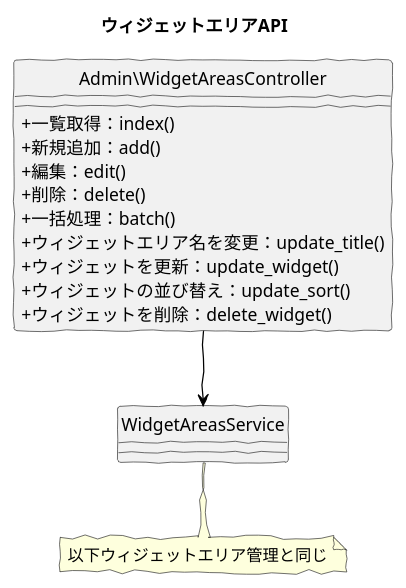
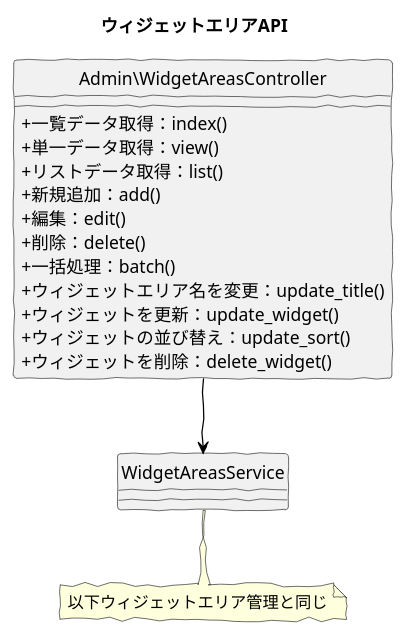
One commit to baserproject/baserproject.github.io changed the diagram in src/puml/5/ucmitz/svg/class/bc-widget-area/api_widget_areas.puml. Above: the diagram before and after it, drawn with PlantUML. The commit also changed 1 other file, not shown here.

```diff
--- a/src/puml/5/ucmitz/svg/class/bc-widget-area/api_widget_areas.puml
+++ b/src/puml/5/ucmitz/svg/class/bc-widget-area/api_widget_areas.puml
@@ -1,29 +1,31 @@
 @startuml
 skinparam handwritten true
 skinparam backgroundColor white
 hide circle
 skinparam classAttributeIconSize 0
 
 title ウィジェットエリアAPI
 
 class Admin\WidgetAreasController {
-  + 一覧取得：index()
+  + 一覧データ取得：index()
+  + 単一データ取得：view()
+  + リストデータ取得：list()
   + 新規追加：add()
   + 編集：edit()
   + 削除：delete()
 	+ 一括処理：batch()
 	+ ウィジェットエリア名を変更：update_title()
 	+ ウィジェットを更新：update_widget()
 	+ ウィジェットの並び替え：update_sort()
 	+ ウィジェットを削除：delete_widget()
 }
 
 class WidgetAreasService {
 }
 
 note "以下ウィジェットエリア管理と同じ" as note
 WidgetAreasService .. note
 
 Admin\WidgetAreasController -down[#Black]-> WidgetAreasService
 
 @enduml
```
